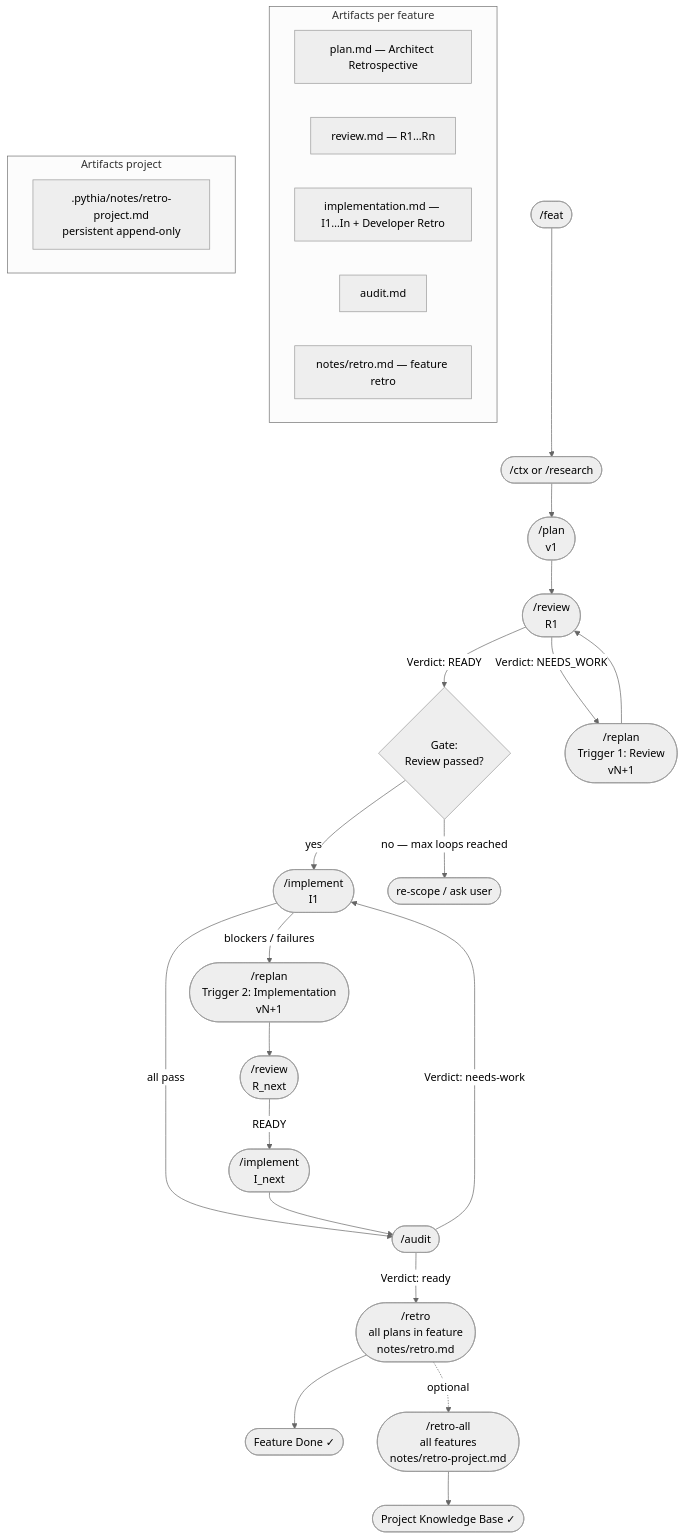
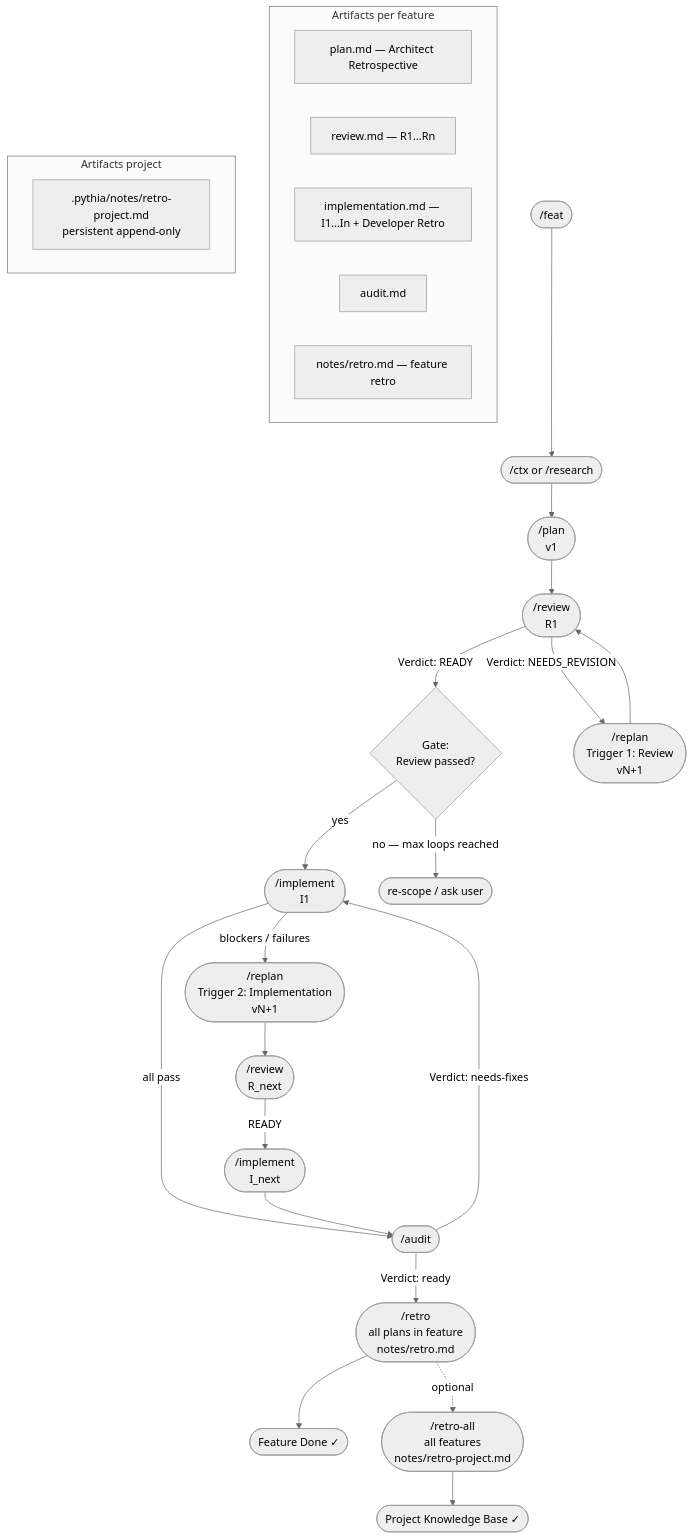
The diagram in .agents/skills/workflow/SKILL.md (matochu/pythia), drawn with Mermaid (neutral theme) before and after one commit. The commit also changed other lines of this file and 46 other files, not shown here.

````diff
--- a/.agents/skills/workflow/SKILL.md
+++ b/.agents/skills/workflow/SKILL.md
@@ -184,39 +184,39 @@
 ```mermaid
 flowchart TD
     A([/feat]) --> B([/ctx or /research])
     B --> C([/plan\nv1])
 
     C --> D([/review\nR1])
 
     D -->|Verdict: READY| E{Gate:\nReview passed?}
-    D -->|Verdict: NEEDS_WORK| F([/replan\nTrigger 1: Review\nvN+1])
+    D -->|Verdict: NEEDS_REVISION| F([/replan\nTrigger 1: Review\nvN+1])
     F --> D
 
     E -->|yes| G([/implement\nI1])
     E -->|no — max loops reached| Z([re-scope / ask user])
 
     G -->|all pass| H([/audit])
     G -->|blockers / failures| I([/replan\nTrigger 2: Implementation\nvN+1])
     I --> D2([/review\nR_next])
     D2 -->|READY| G2([/implement\nI_next])
     G2 --> H
 
     H -->|Verdict: ready| J([/retro\nall plans in feature\nnotes/retro.md])
-    H -->|Verdict: needs-work| G
+    H -->|Verdict: needs-fixes| G
 
     J --> K([Feature Done ✓])
     J -.->|optional| L([/retro-all\nall features\nnotes/retro-project.md])
     L --> M([Project Knowledge Base ✓])
 
     subgraph Artifacts per feature
         P1[plan.md — Architect Retrospective]
         P2[review.md — R1…Rn]
         P3[implementation.md — I1…In + Developer Retro]
         P4[audit.md]
         P5[notes/retro.md — feature retro]
     end
 
     subgraph Artifacts project
         Q1[.pythia/notes/retro-project.md\npersistent append-only]
     end
 ```
````
